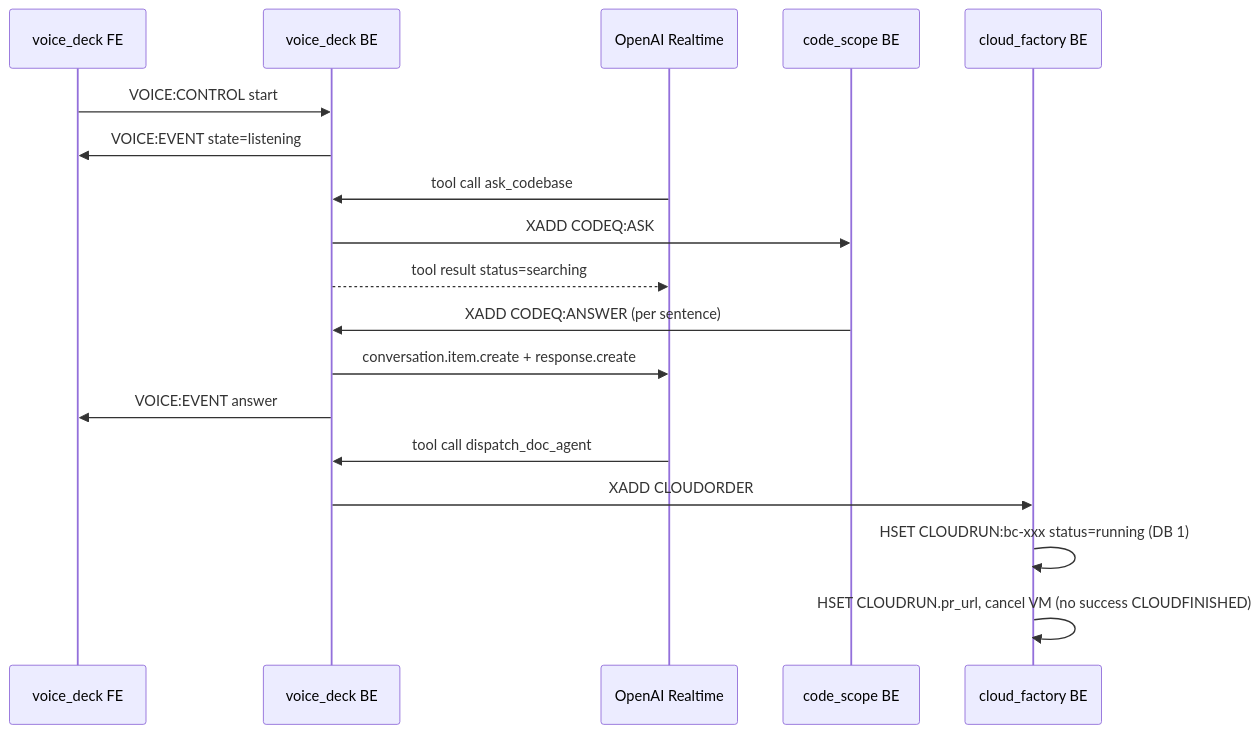
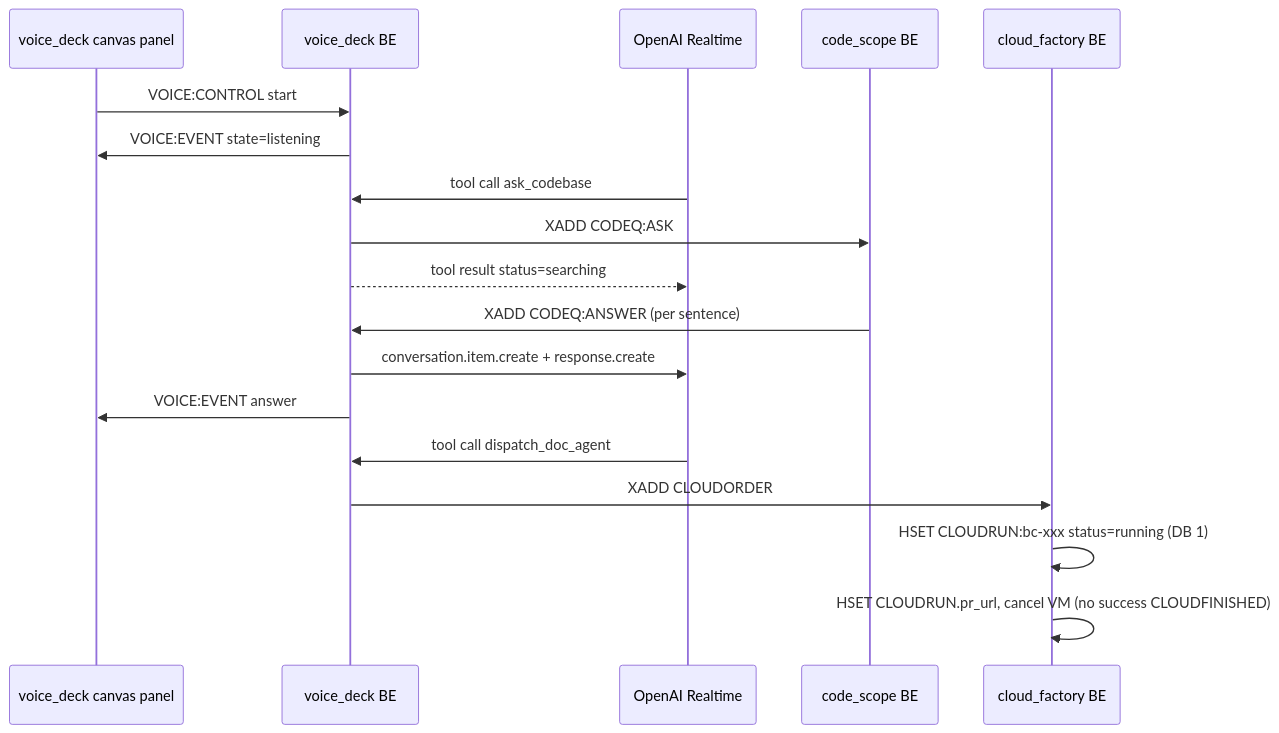
One commit to SamJBoyer/MegaDesk changed the diagram in MegaDesk-Contracts/redis/voice-chain.md. Above: the diagram before and after it, drawn with Mermaid. The commit also changed other lines of this file and 22 other files, not shown here.

First line of the commit message:
Voice Deck migrated to a panel

````diff
--- a/MegaDesk-Contracts/redis/voice-chain.md
+++ b/MegaDesk-Contracts/redis/voice-chain.md
@@ -16,21 +16,21 @@
 ```mermaid
 sequenceDiagram
-    participant VDFE as voice_deck FE
+    participant VDFE as voice_deck canvas panel
     participant VD as voice_deck BE
     participant RT as OpenAI Realtime
     participant CS as code_scope BE
     participant CD as cloud_factory BE
 
     VDFE->>VD: VOICE:CONTROL start
     VD->>VDFE: VOICE:EVENT state=listening
     RT->>VD: tool call ask_codebase
     VD->>CS: XADD CODEQ:ASK
     VD-->>RT: tool result status=searching
     CS->>VD: XADD CODEQ:ANSWER (per sentence)
     VD->>RT: conversation.item.create + response.create
     VD->>VDFE: VOICE:EVENT answer
     RT->>VD: tool call dispatch_doc_agent
     VD->>CD: XADD CLOUDORDER
     CD->>CD: HSET CLOUDRUN:bc-xxx status=running (DB 1)
     CD->>CD: HSET CLOUDRUN.pr_url, cancel VM (no success CLOUDFINISHED)
 ```
````
